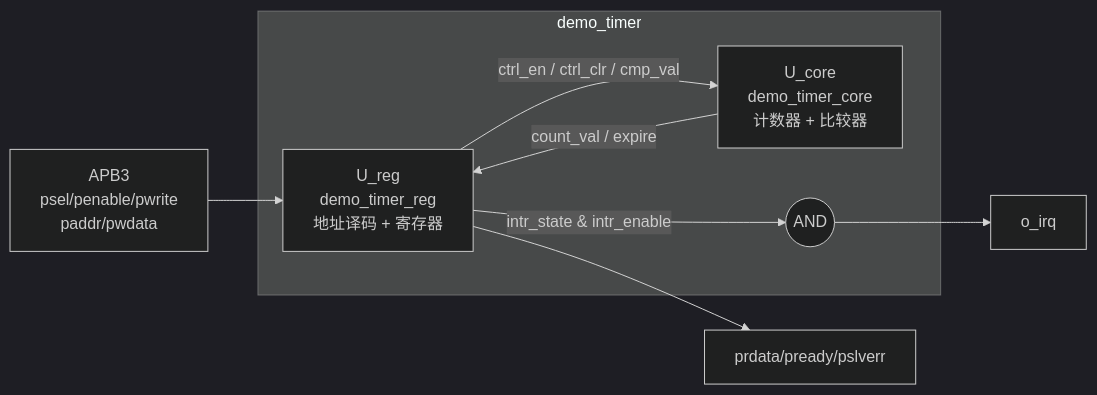
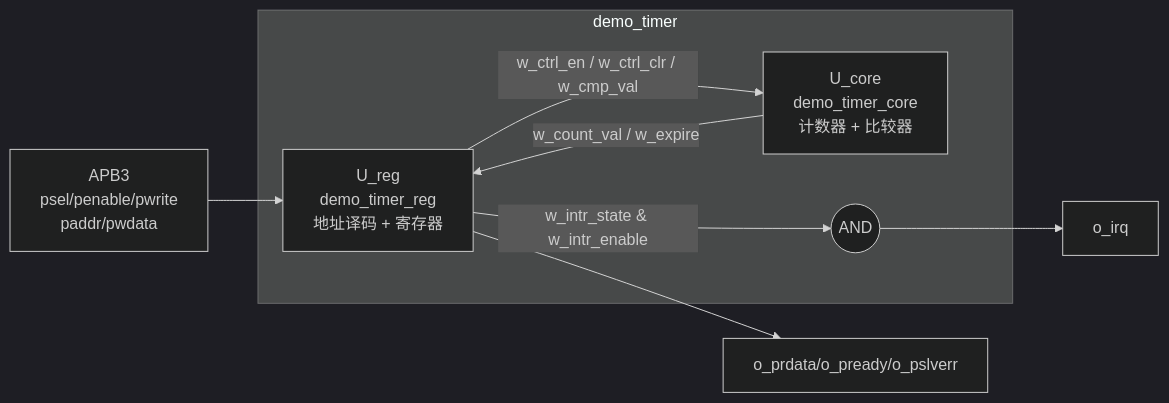
Before and after one commit to rtl-workflow/rtl_doc_agent: the first of 2 diagrams in plugins/rtl-flow/skills/rtl-design-flow/examples/demo_timer/doc/02_architecture.md, drawn with Mermaid (dark theme). The commit also changed other lines of this file and 30 other files, not shown here.

````diff
--- a/plugins/rtl-flow/skills/rtl-design-flow/examples/demo_timer/doc/02_architecture.md
+++ b/plugins/rtl-flow/skills/rtl-design-flow/examples/demo_timer/doc/02_architecture.md
@@ -16,13 +16,13 @@
 ```mermaid
 flowchart LR
   apb["APB3<br>psel/penable/pwrite<br>paddr/pwdata"] --> reg
   subgraph demo_timer
     reg["U_reg<br>demo_timer_reg<br>地址译码 + 寄存器"]
     core["U_core<br>demo_timer_core<br>计数器 + 比较器"]
-    reg -- "ctrl_en / ctrl_clr / cmp_val" --> core
-    core -- "count_val / expire" --> reg
-    reg -- "intr_state & intr_enable" --> irq((AND))
+    reg -- "w_ctrl_en / w_ctrl_clr / w_cmp_val" --> core
+    core -- "w_count_val / w_expire" --> reg
+    reg -- "w_intr_state & w_intr_enable" --> irq((AND))
   end
-  reg --> rsp["prdata/pready/pslverr"]
+  reg --> rsp["o_prdata/o_pready/o_pslverr"]
   irq --> o_irq
 ```
````
